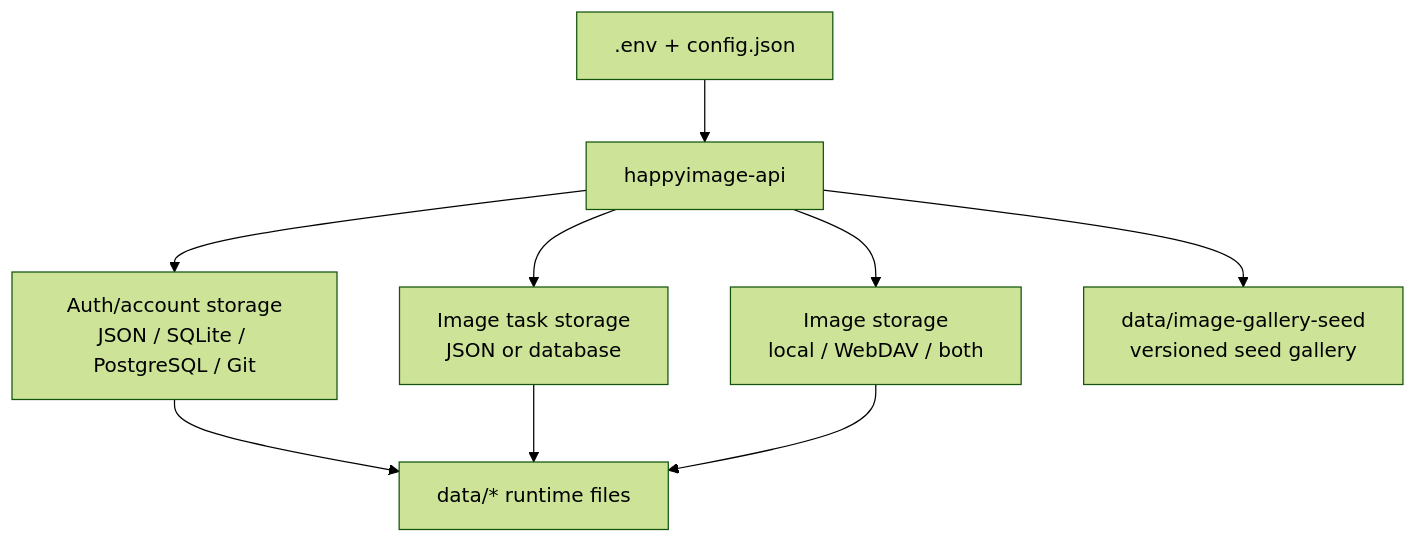
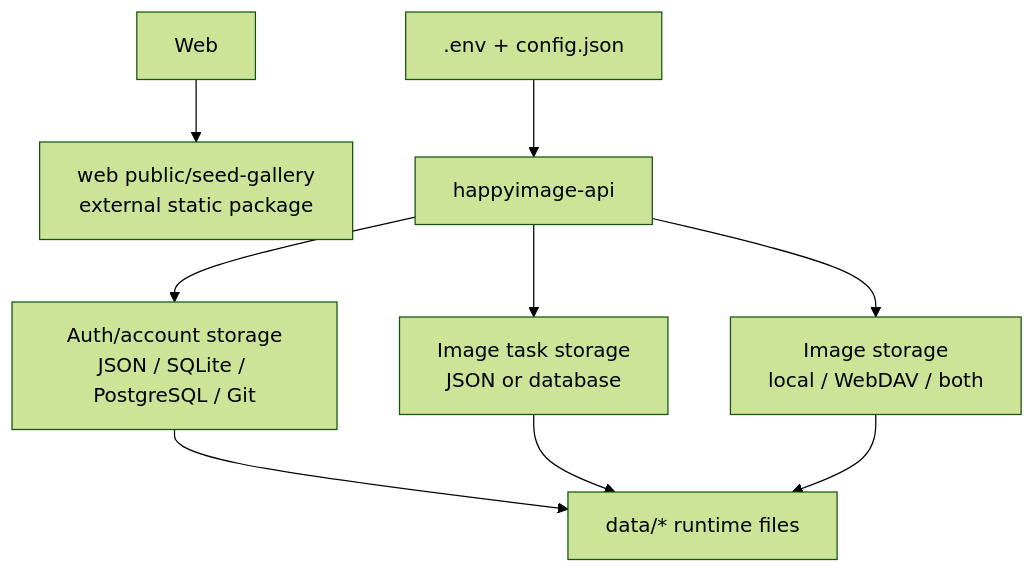
One commit to happy-token/HappyImage changed the fifth of 7 diagrams in docs/architecture.md. Above: the diagram before and after it, drawn with Mermaid (forest theme). The commit also changed other lines of this file and 11 other files, not shown here.

Commit message:
Move official gallery to web static package

````diff
--- a/docs/architecture.md
+++ b/docs/architecture.md
@@ -127,18 +127,18 @@
 ```mermaid
 flowchart TD
   Config[".env + config.json"]
   AuthStore["Auth/account storage<br/>JSON / SQLite / PostgreSQL / Git"]
   TaskStore["Image task storage<br/>JSON or database"]
   ImageStore["Image storage<br/>local / WebDAV / both"]
   RuntimeData["data/* runtime files"]
-  SeedGallery["data/image-gallery-seed<br/>versioned seed gallery"]
+  SeedGallery["web public/seed-gallery<br/>external static package"]
 
   Config --> API["happyimage-api"]
   API --> AuthStore
   API --> TaskStore
   API --> ImageStore
   AuthStore --> RuntimeData
   TaskStore --> RuntimeData
   ImageStore --> RuntimeData
-  API --> SeedGallery
+  Web --> SeedGallery
 ```
````
